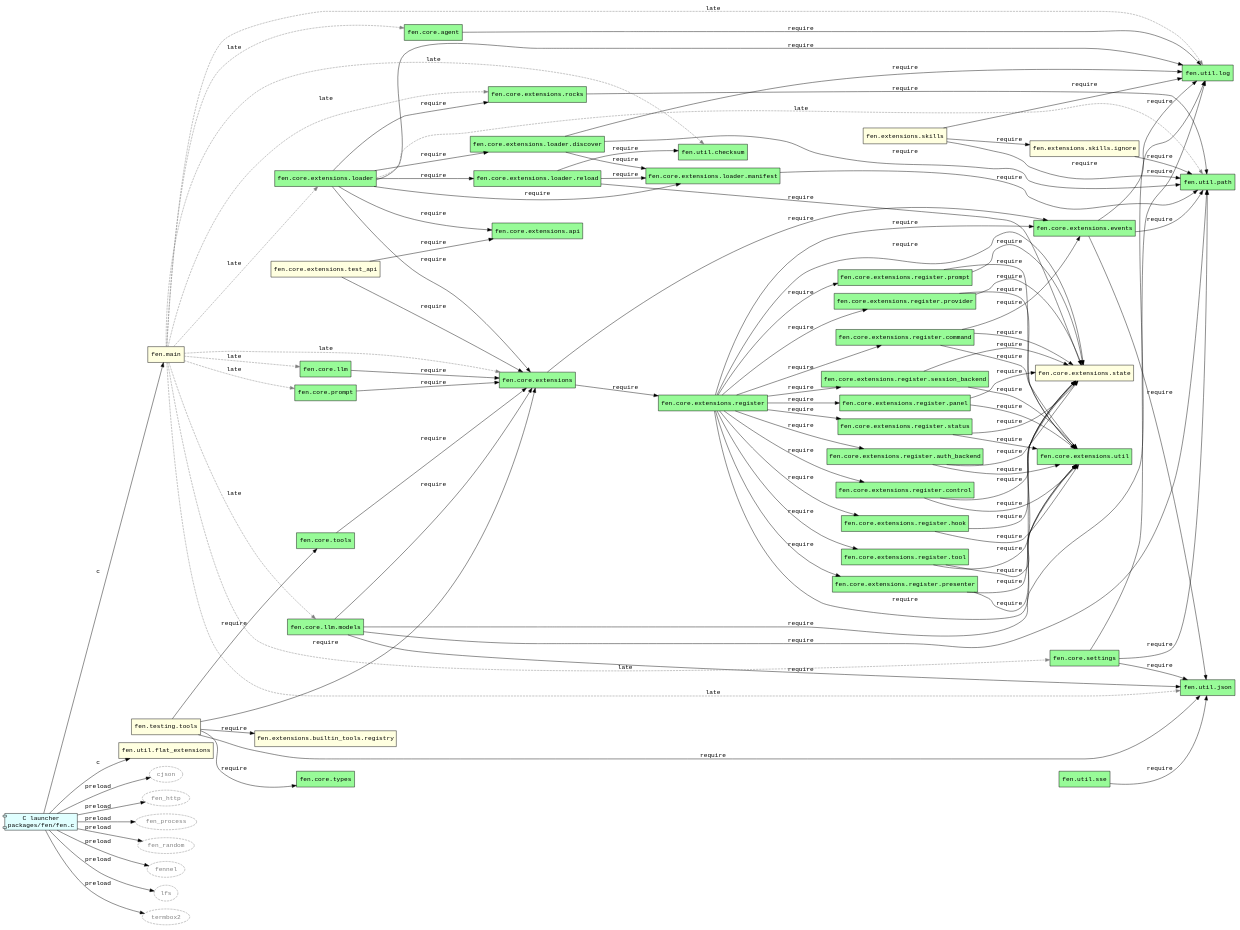
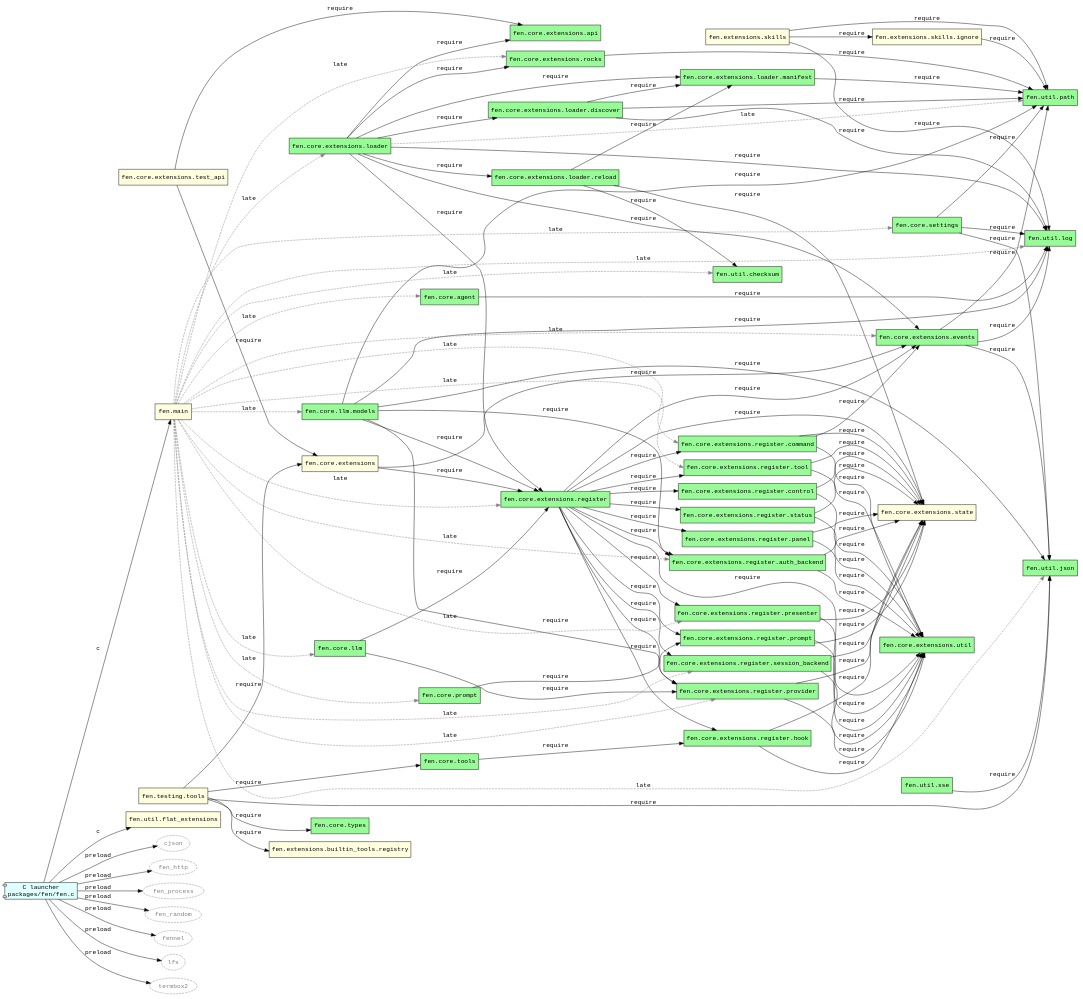
One commit to acmiyaguchi/fen changed the diagram in docs/generated/graphs/extensions/skills.dot. Above: the diagram before and after it, drawn with Graphviz. The commit also changed 23 other files, not shown here.

```diff
--- a/docs/generated/graphs/extensions/skills.dot
+++ b/docs/generated/graphs/extensions/skills.dot
@@ -4,7 +4,7 @@
   edge [fontname="monospace"];
   "c:packages/fen/fen.c" [fillcolor="lightcyan", label="C launcher\npackages/fen/fen.c", shape="component", style="filled", tooltip="packages/fen/fen.c"];
   "fen.core.agent" [fillcolor="palegreen", label="fen.core.agent", style="filled", tooltip="packages/core/src/fen/core/agent.fnl reloadable"];
-  "fen.core.extensions" [fillcolor="palegreen", label="fen.core.extensions", style="filled", tooltip="packages/core/src/fen/core/extensions/init.fnl reloadable"];
+  "fen.core.extensions" [fillcolor="lightyellow", label="fen.core.extensions", style="filled", tooltip="packages/core/src/fen/core/extensions/init.fnl persistent"];
   "fen.core.extensions.api" [fillcolor="palegreen", label="fen.core.extensions.api", style="filled", tooltip="packages/core/src/fen/core/extensions/api.fnl reloadable"];
   "fen.core.extensions.events" [fillcolor="palegreen", label="fen.core.extensions.events", style="filled", tooltip="packages/core/src/fen/core/extensions/events.fnl reloadable"];
   "fen.core.extensions.loader" [fillcolor="palegreen", label="fen.core.extensions.loader", style="filled", tooltip="packages/core/src/fen/core/extensions/loader/init.fnl reloadable"];
@@ -66,11 +66,12 @@
   "fen.core.extensions.events" -> "fen.util.json" [label="require"];
   "fen.core.extensions.events" -> "fen.util.log" [label="require"];
   "fen.core.extensions.events" -> "fen.util.path" [label="require"];
-  "fen.core.extensions.loader" -> "fen.core.extensions" [label="require"];
   "fen.core.extensions.loader" -> "fen.core.extensions.api" [label="require"];
+  "fen.core.extensions.loader" -> "fen.core.extensions.events" [label="require"];
   "fen.core.extensions.loader" -> "fen.core.extensions.loader.discover" [label="require"];
   "fen.core.extensions.loader" -> "fen.core.extensions.loader.manifest" [label="require"];
   "fen.core.extensions.loader" -> "fen.core.extensions.loader.reload" [label="require"];
+  "fen.core.extensions.loader" -> "fen.core.extensions.register" [label="require"];
   "fen.core.extensions.loader" -> "fen.core.extensions.rocks" [label="require"];
   "fen.core.extensions.loader" -> "fen.util.log" [label="require"];
   "fen.core.extensions.loader" -> "fen.util.path" [color="gray50", label="late", style="dashed"];
@@ -121,23 +122,33 @@
   "fen.core.extensions.rocks" -> "fen.util.path" [label="require"];
   "fen.core.extensions.test_api" -> "fen.core.extensions" [label="require"];
   "fen.core.extensions.test_api" -> "fen.core.extensions.api" [label="require"];
-  "fen.core.llm" -> "fen.core.extensions" [label="require"];
-  "fen.core.llm.models" -> "fen.core.extensions" [label="require"];
+  "fen.core.llm" -> "fen.core.extensions.register" [label="require"];
+  "fen.core.llm" -> "fen.core.extensions.register.provider" [label="require"];
+  "fen.core.llm.models" -> "fen.core.extensions.register" [label="require"];
+  "fen.core.llm.models" -> "fen.core.extensions.register.auth_backend" [label="require"];
+  "fen.core.llm.models" -> "fen.core.extensions.register.provider" [label="require"];
   "fen.core.llm.models" -> "fen.util.json" [label="require"];
   "fen.core.llm.models" -> "fen.util.log" [label="require"];
   "fen.core.llm.models" -> "fen.util.path" [label="require"];
-  "fen.core.prompt" -> "fen.core.extensions" [label="require"];
+  "fen.core.prompt" -> "fen.core.extensions.register.prompt" [label="require"];
   "fen.core.settings" -> "fen.util.json" [label="require"];
   "fen.core.settings" -> "fen.util.log" [label="require"];
   "fen.core.settings" -> "fen.util.path" [label="require"];
-  "fen.core.tools" -> "fen.core.extensions" [label="require"];
+  "fen.core.tools" -> "fen.core.extensions.register.hook" [label="require"];
   "fen.extensions.skills" -> "fen.extensions.skills.ignore" [label="require"];
   "fen.extensions.skills" -> "fen.util.log" [label="require"];
   "fen.extensions.skills" -> "fen.util.path" [label="require"];
   "fen.extensions.skills.ignore" -> "fen.util.path" [label="require"];
   "fen.main" -> "fen.core.agent" [color="gray50", label="late", style="dashed"];
-  "fen.main" -> "fen.core.extensions" [color="gray50", label="late", style="dashed"];
+  "fen.main" -> "fen.core.extensions.events" [color="gray50", label="late", style="dashed"];
   "fen.main" -> "fen.core.extensions.loader" [color="gray50", label="late", style="dashed"];
+  "fen.main" -> "fen.core.extensions.register" [color="gray50", label="late", style="dashed"];
+  "fen.main" -> "fen.core.extensions.register.auth_backend" [color="gray50", label="late", style="dashed"];
+  "fen.main" -> "fen.core.extensions.register.command" [color="gray50", label="late", style="dashed"];
+  "fen.main" -> "fen.core.extensions.register.presenter" [color="gray50", label="late", style="dashed"];
+  "fen.main" -> "fen.core.extensions.register.provider" [color="gray50", label="late", style="dashed"];
+  "fen.main" -> "fen.core.extensions.register.session_backend" [color="gray50", label="late", style="dashed"];
+  "fen.main" -> "fen.core.extensions.register.tool" [color="gray50", label="late", style="dashed"];
   "fen.main" -> "fen.core.extensions.rocks" [color="gray50", label="late", style="dashed"];
   "fen.main" -> "fen.core.llm" [color="gray50", label="late", style="dashed"];
   "fen.main" -> "fen.core.llm.models" [color="gray50", label="late", style="dashed"];
```
